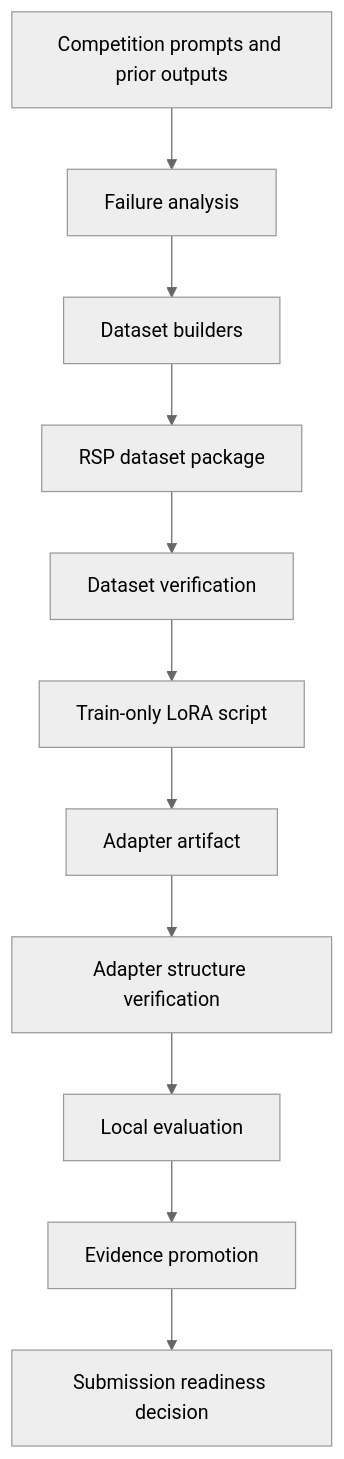
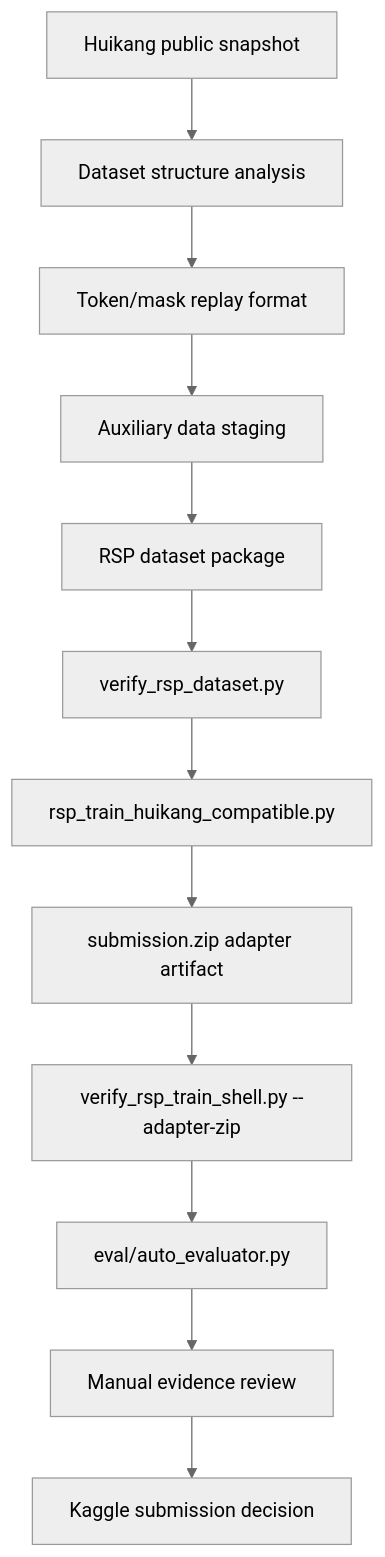
One commit to leegongman/nvidia-nemotron-reasoning changed the diagram in docs/architecture.md. Above: the diagram before and after it, drawn with Mermaid (neutral theme). The commit also changed other lines of this file and 36 other files, not shown here.

````diff
--- a/docs/architecture.md
+++ b/docs/architecture.md
@@ -11,13 +21,14 @@
 ```mermaid
 flowchart TD
-    A[Competition prompts and prior outputs] --> B[Failure analysis]
-    B --> C[Dataset builders]
-    C --> D[RSP dataset package]
-    D --> E[Dataset verification]
-    E --> F[Train-only LoRA script]
-    F --> G[Adapter artifact]
-    G --> H[Adapter structure verification]
-    H --> I[Local evaluation]
-    I --> J[Evidence promotion]
-    J --> K[Submission readiness decision]
+    A["Huikang public snapshot"] --> B["Dataset structure analysis"]
+    B --> C["Token/mask replay format"]
+    C --> D["Auxiliary data staging"]
+    D --> E["RSP dataset package"]
+    E --> F["verify_rsp_dataset.py"]
+    F --> G["rsp_train_huikang_compatible.py"]
+    G --> H["submission.zip adapter artifact"]
+    H --> I["verify_rsp_train_shell.py --adapter-zip"]
+    I --> J["eval/auto_evaluator.py"]
+    J --> K["Manual evidence review"]
+    K --> L["Kaggle submission decision"]
 ```
````
